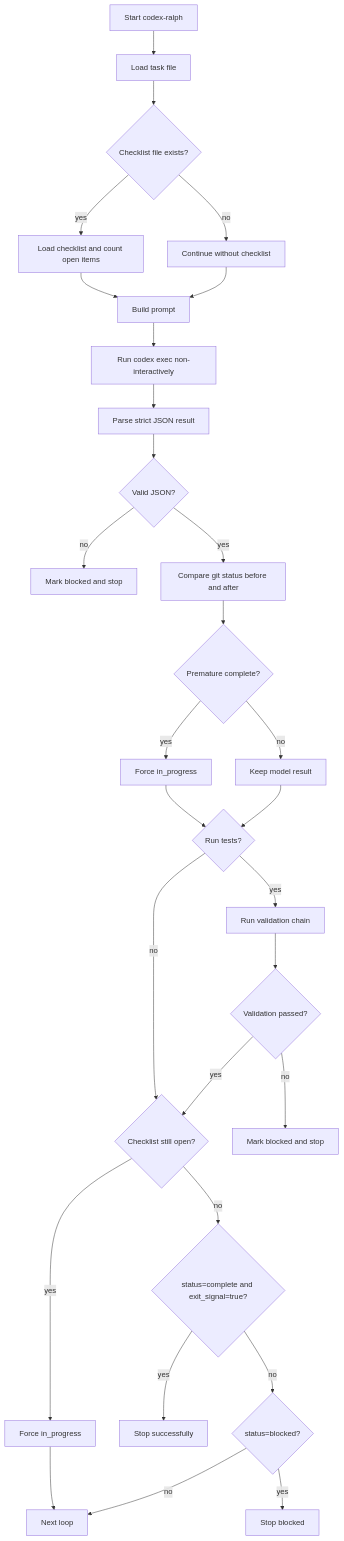
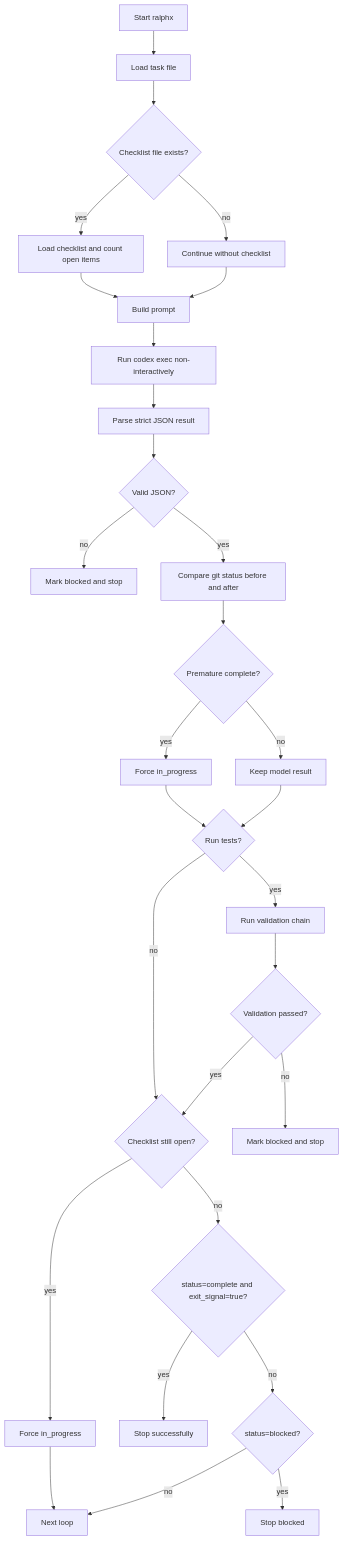
The first of 2 diagrams in docs/en/architecture.md (ckken/ralphx), drawn with Mermaid before and after one commit. The commit also changed other lines of this file and 44 other files, not shown here.

````diff
--- a/docs/en/architecture.md
+++ b/docs/en/architecture.md
@@ -7,31 +7,31 @@
 ```mermaid
 flowchart TD
-    A[Start codex-ralph] --> B[Load task file]
+    A[Start ralphx] --> B[Load task file]
     B --> C{Checklist file exists?}
     C -- yes --> D[Load checklist and count open items]
     C -- no --> E[Continue without checklist]
     D --> F[Build prompt]
     E --> F
     F --> G[Run codex exec non-interactively]
     G --> H[Parse strict JSON result]
     H --> I{Valid JSON?}
     I -- no --> J[Mark blocked and stop]
     I -- yes --> K[Compare git status before and after]
     K --> L{Premature complete?}
     L -- yes --> M[Force in_progress]
     L -- no --> N[Keep model result]
     M --> O{Run tests?}
     N --> O
     O -- yes --> P[Run validation chain]
     O -- no --> Q{Checklist still open?}
     P --> R{Validation passed?}
     R -- no --> S[Mark blocked and stop]
     R -- yes --> Q
     Q -- yes --> T[Force in_progress]
     Q -- no --> U{status=complete and exit_signal=true?}
     T --> V[Next loop]
     U -- yes --> W[Stop successfully]
     U -- no --> X{status=blocked?}
     X -- yes --> Y[Stop blocked]
     X -- no --> V
 ```
````
